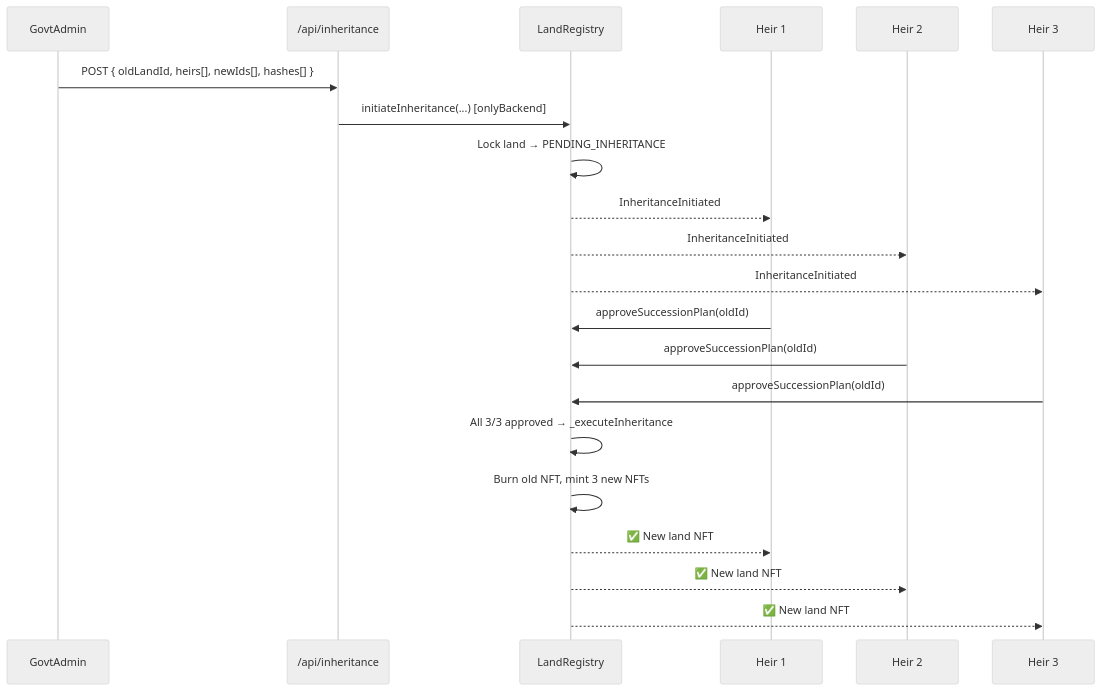
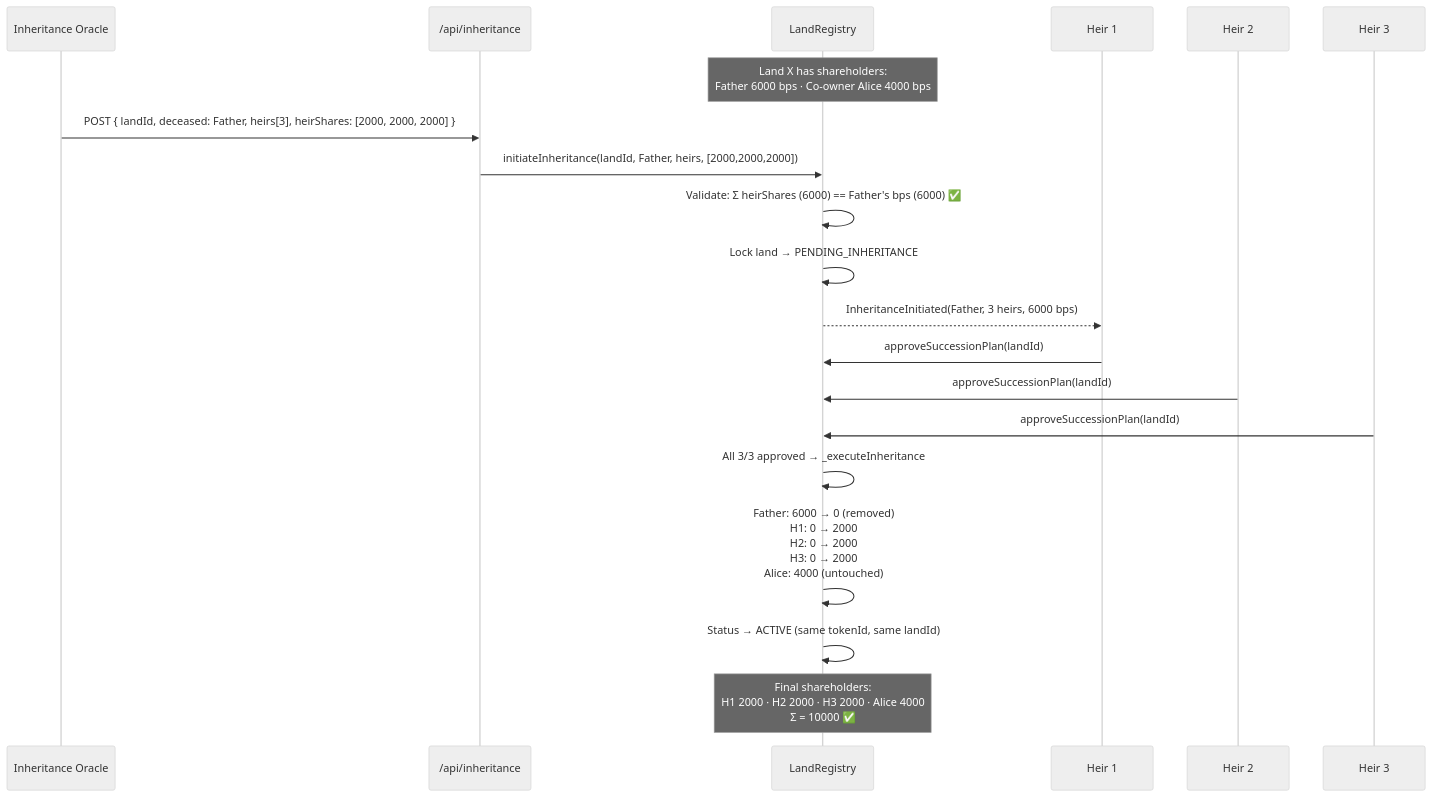
The sixth of 9 diagrams in README.md (HaiderAziz428/Blockchain-based-Land-Record-System), drawn with Mermaid (neutral theme) before and after one commit. The commit also changed other lines of this file and 1 other file, not shown here.

````diff
--- a/README.md
+++ b/README.md
@@ -451,25 +451,24 @@
 ```mermaid
 sequenceDiagram
-    participant GovtAdmin
+    participant Oracle as Inheritance Oracle
     participant API as /api/inheritance
     participant SC as LandRegistry
     participant H1 as Heir 1
     participant H2 as Heir 2
     participant H3 as Heir 3
 
-    GovtAdmin->>API: POST { oldLandId, heirs[], newIds[], hashes[] }
-    API->>SC: initiateInheritance(...) [onlyBackend]
+    Note over SC: Land X has shareholders:<br/>Father 6000 bps · Co-owner Alice 4000 bps
+    Oracle->>API: POST { landId, deceased: Father, heirs[3], heirShares: [2000, 2000, 2000] }
+    API->>SC: initiateInheritance(landId, Father, heirs, [2000,2000,2000])
+    SC->>SC: Validate: Σ heirShares (6000) == Father's bps (6000) ✅
     SC->>SC: Lock land → PENDING_INHERITANCE
-    SC-->>H1: InheritanceInitiated
-    SC-->>H2: InheritanceInitiated
-    SC-->>H3: InheritanceInitiated
+    SC-->>H1: InheritanceInitiated(Father, 3 heirs, 6000 bps)
 
-    H1->>SC: approveSuccessionPlan(oldId)
-    H2->>SC: approveSuccessionPlan(oldId)
-    H3->>SC: approveSuccessionPlan(oldId)
+    H1->>SC: approveSuccessionPlan(landId)
+    H2->>SC: approveSuccessionPlan(landId)
+    H3->>SC: approveSuccessionPlan(landId)
     SC->>SC: All 3/3 approved → _executeInheritance
-    SC->>SC: Burn old NFT, mint 3 new NFTs
-    SC-->>H1: ✅ New land NFT
-    SC-->>H2: ✅ New land NFT
-    SC-->>H3: ✅ New land NFT
+    SC->>SC: Father: 6000 → 0 (removed)<br/>H1: 0 → 2000<br/>H2: 0 → 2000<br/>H3: 0 → 2000<br/>Alice: 4000 (untouched)
+    SC->>SC: Status → ACTIVE (same tokenId, same landId)
+    Note over SC: Final shareholders:<br/>H1 2000 · H2 2000 · H3 2000 · Alice 4000<br/>Σ = 10000 ✅
 ```
````
